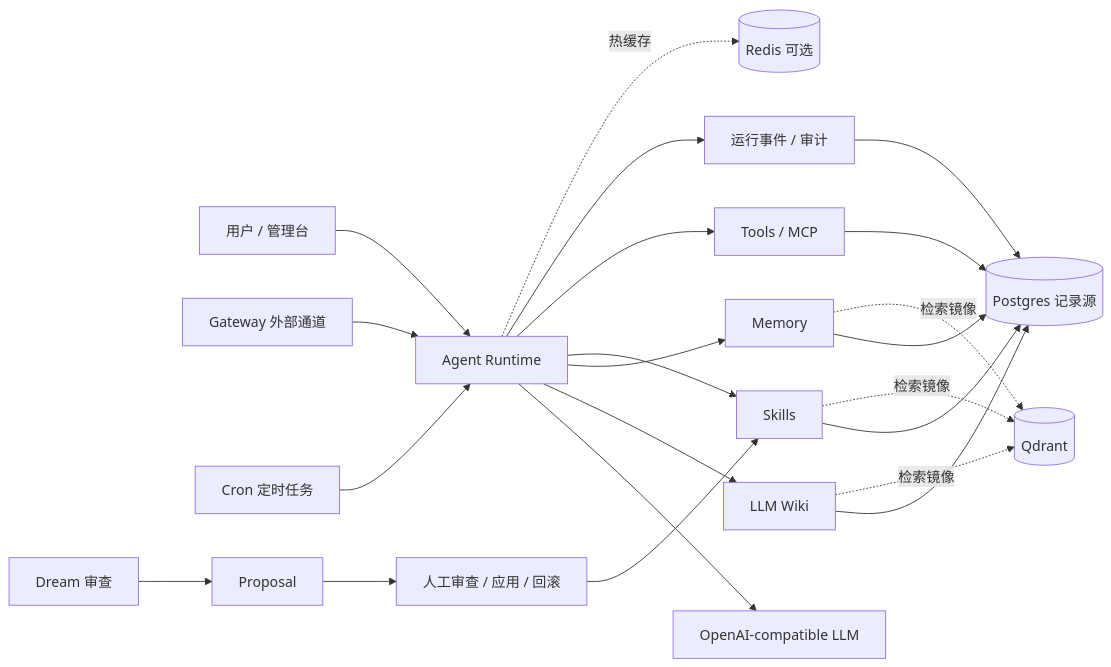
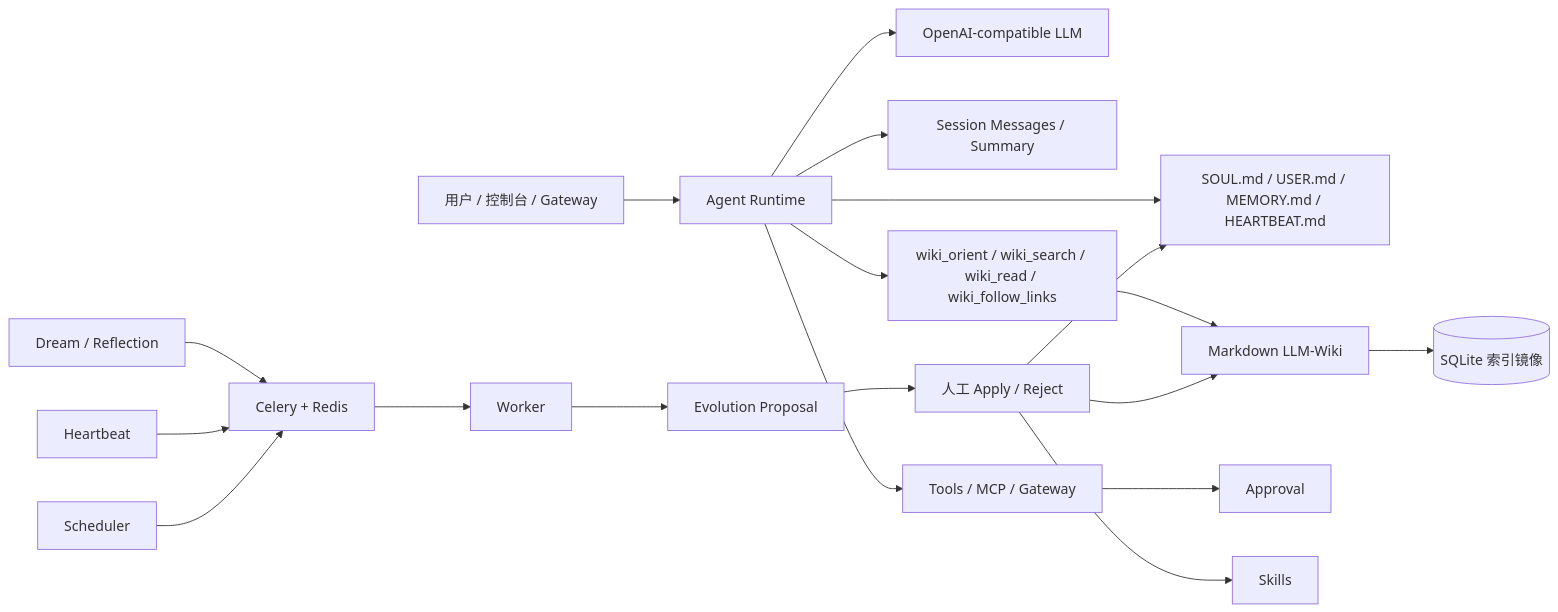
Before and after one commit to LittleSongxx/SoulClaw: the diagram in README.md, drawn with Mermaid. The commit also changed other lines of this file and 95 other files, not shown here.

````diff
--- a/README.md
+++ b/README.md
@@ -15,28 +15,21 @@
 ```mermaid
 flowchart LR
-    User[用户 / 管理台] --> Agent[Agent Runtime]
-    Gateway[Gateway 外部通道] --> Agent
-    Cron[Cron 定时任务] --> Agent
-
+    User[用户 / 控制台 / Gateway] --> Agent[Agent Runtime]
     Agent --> LLM[OpenAI-compatible LLM]
-    Agent --> Wiki[LLM Wiki]
-    Agent --> Memory[Memory]
-    Agent --> Skills[Skills]
-    Agent --> Tools[Tools / MCP]
-
-    Wiki --> Postgres[(Postgres 记录源)]
-    Memory --> Postgres
-    Skills --> Postgres
-    Tools --> Postgres
-    Agent --> Events[运行事件 / 审计]
-    Events --> Postgres
-
-    Wiki -. 检索镜像 .-> Qdrant[(Qdrant)]
-    Memory -. 检索镜像 .-> Qdrant
-    Skills -. 检索镜像 .-> Qdrant
-    Agent -. 热缓存 .-> Redis[(Redis 可选)]
-
-    Dream[Dream 审查] --> Proposal[Proposal]
-    Proposal --> Approval[人工审查 / 应用 / 回滚]
-    Approval --> Skills
+    Agent --> Conv[Session Messages / Summary]
+    Agent --> Files[SOUL.md / USER.md / MEMORY.md / HEARTBEAT.md]
+    Agent --> WikiTools[wiki_orient / wiki_search / wiki_read / wiki_follow_links]
+    WikiTools --> Wiki[Markdown LLM-Wiki]
+    Wiki --> SQLite[(SQLite 索引镜像)]
+    Agent --> Tools[Tools / MCP / Gateway]
+    Tools --> Approval[Approval]
+    Dream[Dream / Reflection] --> Queue[Celery + Redis]
+    Heartbeat[Heartbeat] --> Queue
+    Scheduler[Scheduler] --> Queue
+    Queue --> Worker[Worker]
+    Worker --> Proposal[Evolution Proposal]
+    Proposal --> Human[人工 Apply / Reject]
+    Human --> Files
+    Human --> Wiki
+    Human --> Skills
 ```
````
